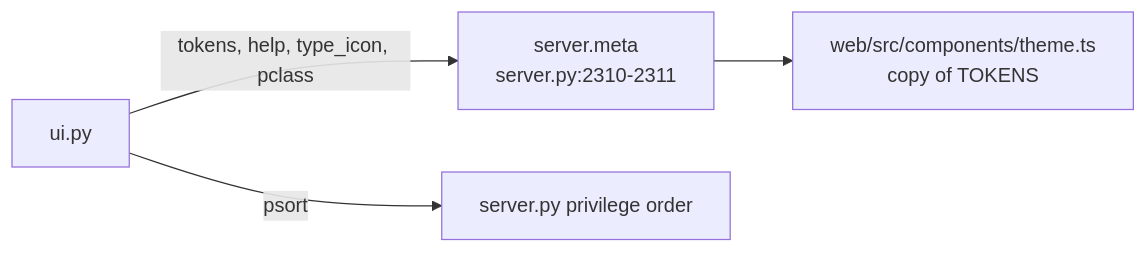
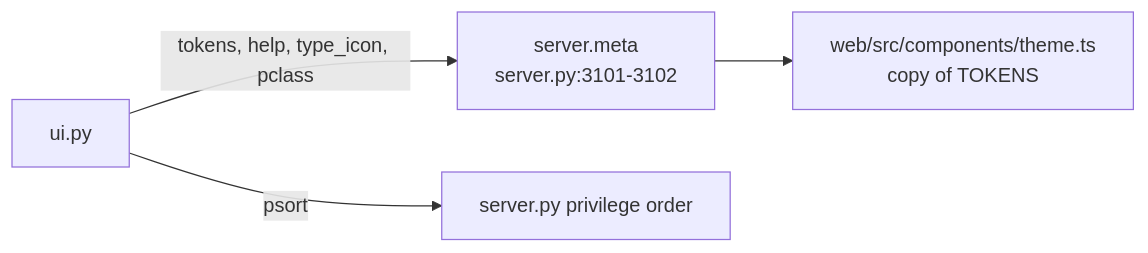
The diagram in snowflake-access-explorer-knowledge-graph/modules/ui.md (darshanmeel/snowflake-access-explorer), drawn with Mermaid before and after one commit. The commit also changed 86 other files, not shown here.

First line of the commit message:
Knowledge graph up to a71221c: paged pages, lazy graph boxes, read order, What changed at refresh, load steps

````diff
--- a/snowflake-access-explorer-knowledge-graph/modules/ui.md
+++ b/snowflake-access-explorer-knowledge-graph/modules/ui.md
@@ -6,6 +6,6 @@
 ```mermaid
 flowchart LR
-  UI[ui.py] -->|tokens, help, type_icon, pclass| M[server.meta<br/>server.py:2310-2311]
+  UI[ui.py] -->|tokens, help, type_icon, pclass| M[server.meta<br/>server.py:3101-3102]
   M --> W[web/src/components/theme.ts<br/>copy of TOKENS]
   UI -->|psort| S[server.py privilege order]
 ```
````
